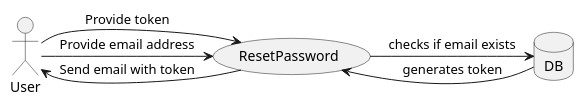
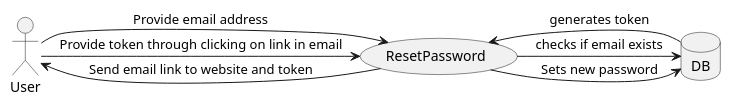
One commit to AlexisT37/Snowtricks changed the diagram in UML/Use cases/resetPassword.puml. Above: the diagram before and after it, drawn with PlantUML. The commit also changed 5 other files, not shown here.

Commit message:
feat: uml remain

```diff
--- a/UML/Use cases/resetPassword.puml
+++ b/UML/Use cases/resetPassword.puml
@@ -1,13 +1,14 @@
 @startuml resetPassword
 
 actor User
 database DB
 usecase ResetPassword
 
-User -> ResetPassword: Provide token
+User -> ResetPassword: Provide token through clicking on link in email
 User -> ResetPassword: Provide email address
 ResetPassword -> DB: checks if email exists
 DB -> ResetPassword: generates token
-ResetPassword -> User: Send email with token
+ResetPassword -> User: Send email link to website and token
+ResetPassword -> DB: Sets new password
 
 @enduml
```
